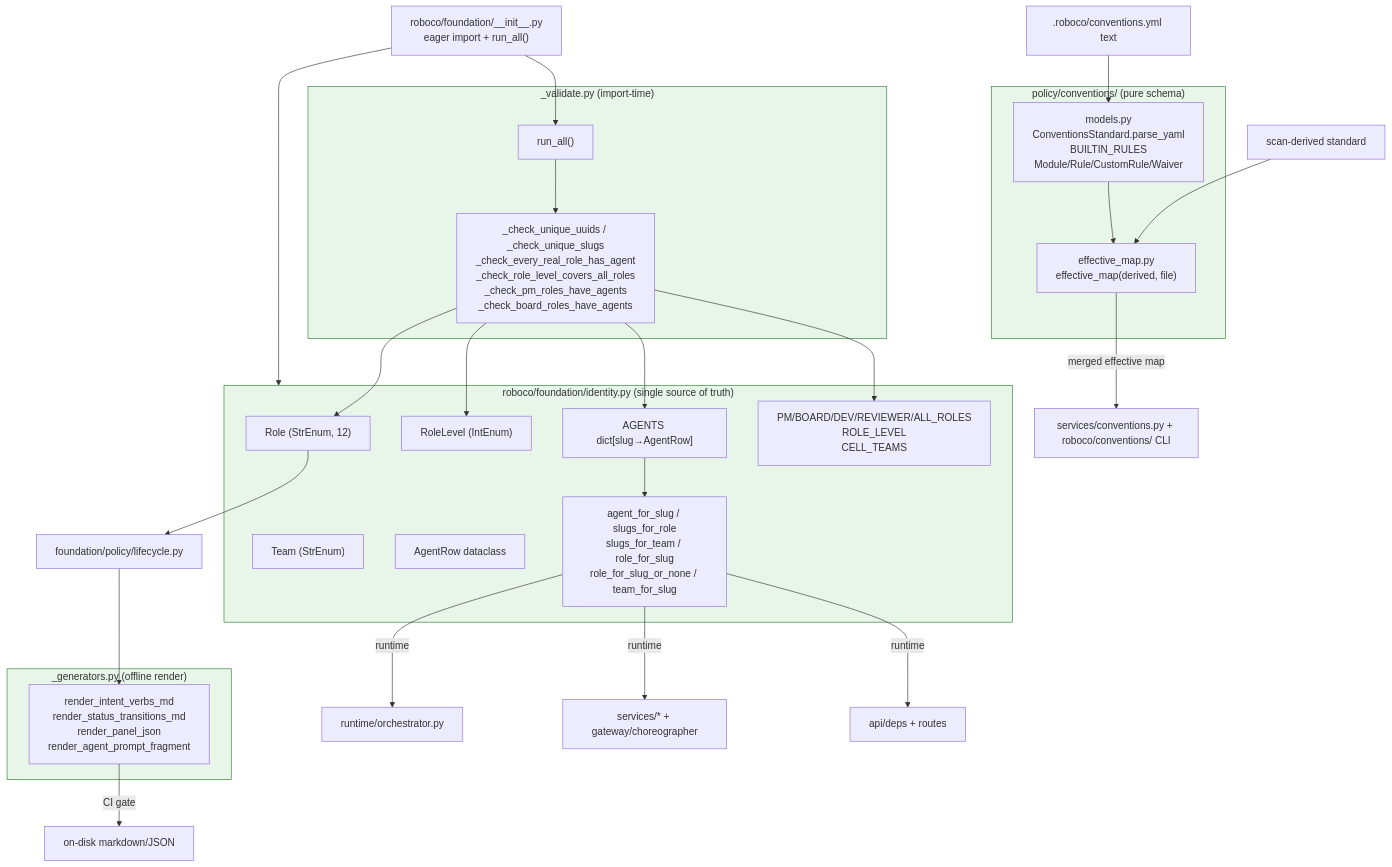
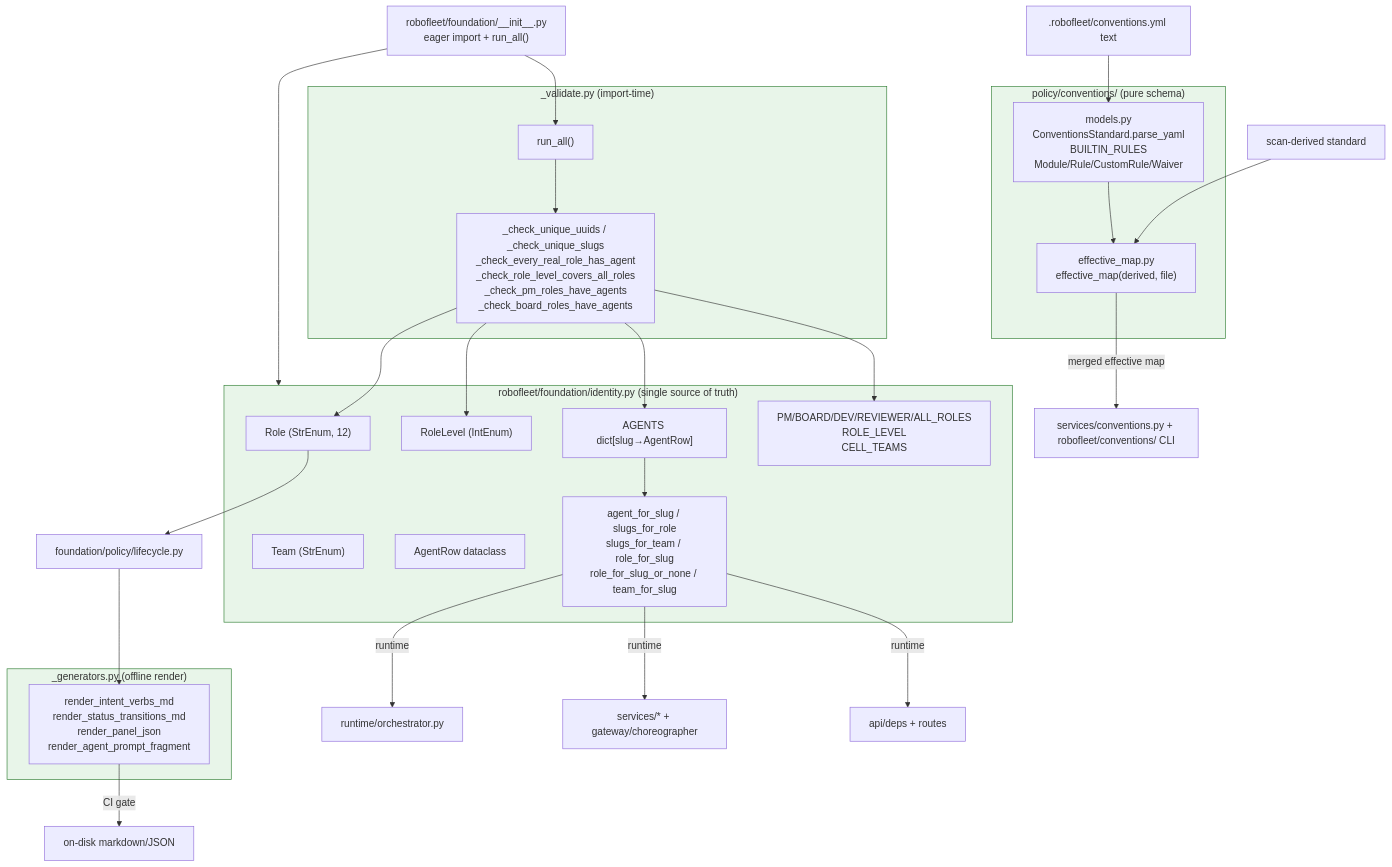
Before and after one commit to rennf93/robo-fleet: the diagram in docs/map/foundation-conventions-identity.md, drawn with Mermaid. The commit also changed other lines of this file and 169 other files, not shown here.

Commit message:
refactor: rename roboco product-identity to robo-fleet in docs prose + pyproject urls

````diff
--- a/docs/map/foundation-conventions-identity.md
+++ b/docs/map/foundation-conventions-identity.md
@@ -83,48 +83,48 @@
 ```mermaid
 graph TD
-    subgraph identity["roboco/foundation/identity.py (single source of truth)"]
+    subgraph identity["robofleet/foundation/identity.py (single source of truth)"]
         Role["Role (StrEnum, 12)"]
         Team["Team (StrEnum)"]
         RoleLevel["RoleLevel (IntEnum)"]
         AgentRow["AgentRow dataclass"]
         AGENTS["AGENTS dict[slug→AgentRow]"]
         RoleSets["PM/BOARD/DEV/REVIEWER/ALL_ROLES\nROLE_LEVEL\nCELL_TEAMS"]
         Lookups["agent_for_slug / slugs_for_role\nslugs_for_team / role_for_slug\nrole_for_slug_or_none / team_for_slug"]
     end
     subgraph validate["_validate.py (import-time)"]
         RunAll["run_all()"]
         Checks["_check_unique_uuids / _check_unique_slugs\n_check_every_real_role_has_agent\n_check_role_level_covers_all_roles\n_check_pm_roles_have_agents\n_check_board_roles_have_agents"]
     end
     subgraph conv["policy/conventions/ (pure schema)"]
         Models["models.py\nConventionsStandard.parse_yaml\nBUILTIN_RULES\nModule/Rule/CustomRule/Waiver"]
         Eff["effective_map.py\neffective_map(derived, file)"]
     end
     subgraph gen["_generators.py (offline render)"]
         Render["render_intent_verbs_md\nrender_status_transitions_md\nrender_panel_json\nrender_agent_prompt_fragment"]
     end
 
-    foundation["roboco/foundation/__init__.py\neager import + run_all()"]
+    foundation["robofleet/foundation/__init__.py\neager import + run_all()"]
     foundation --> identity
     foundation --> RunAll
     RunAll --> Checks
     Checks --> AGENTS
     Checks --> Role
     Checks --> RoleLevel
     Checks --> RoleSets
 
     AGENTS --> Lookups
     Lookups -->|runtime| Orchestrator["runtime/orchestrator.py"]
     Lookups -->|runtime| Services["services/* + gateway/choreographer"]
     Lookups -->|runtime| Api["api/deps + routes"]
     Role --> Lifecycle["foundation/policy/lifecycle.py"]
     Lifecycle --> Render
     Render -->|CI gate| Artifacts["on-disk markdown/JSON"]
 
-    ConvYml[".roboco/conventions.yml text"] --> Models
+    ConvYml[".robofleet/conventions.yml text"] --> Models
     Scan["scan-derived standard"] --> Eff
     Models --> Eff
-    Eff -->|merged effective map| ConvService["services/conventions.py + roboco/conventions/ CLI"]
+    Eff -->|merged effective map| ConvService["services/conventions.py + robofleet/conventions/ CLI"]
 
     classDef pure fill:#e8f5e9,stroke:#2e7d32;
     class identity,validate,conv,gen pure;
 ```
````
